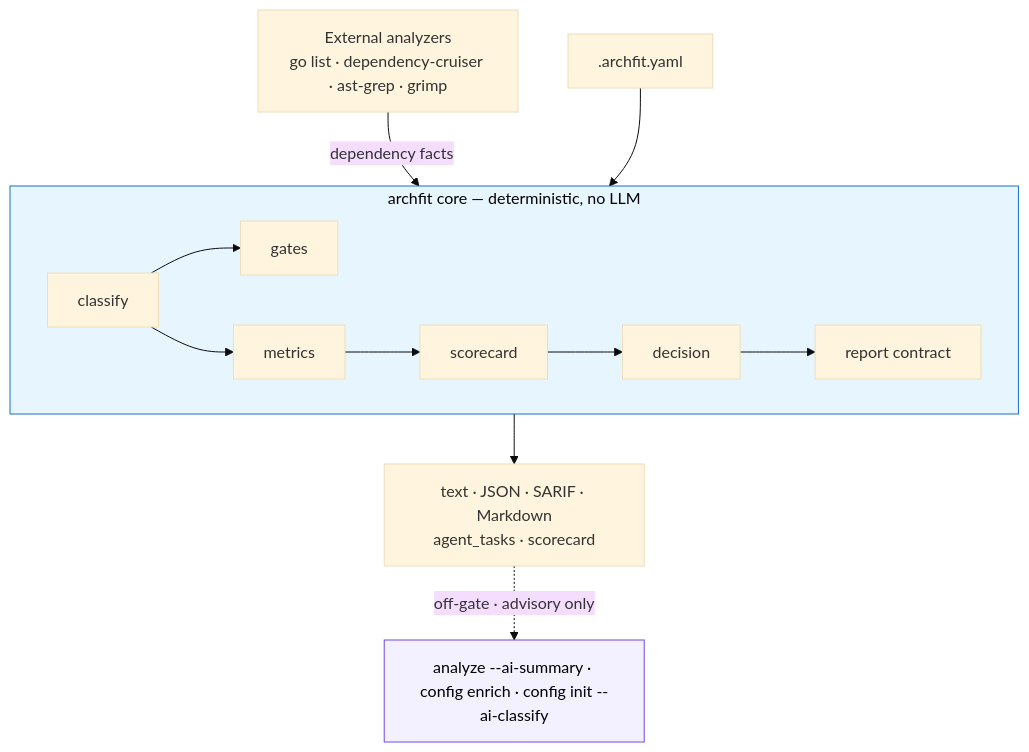
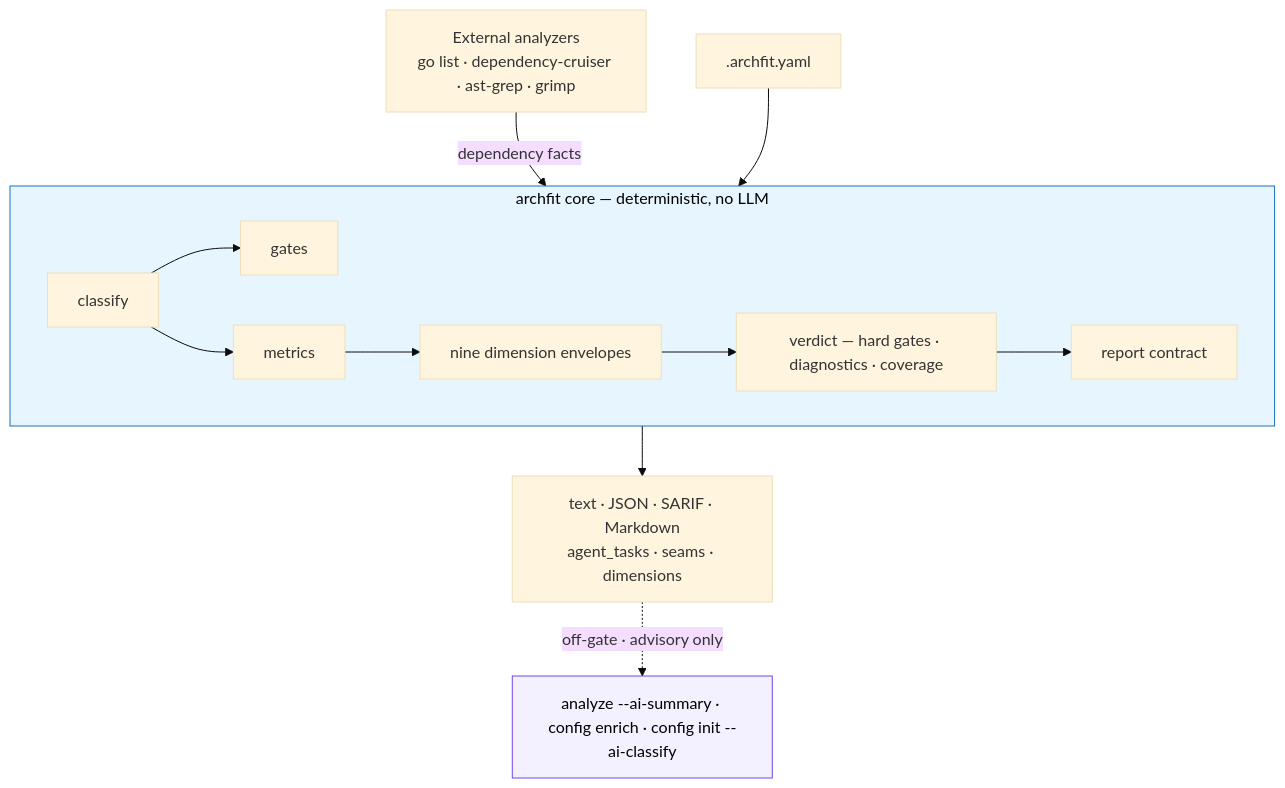
Before and after one commit to alexei-led/archfit: the second of 2 diagrams in README.md, drawn with Mermaid (base theme). The commit also changed other lines of this file and 15 other files, not shown here.

````diff
--- a/README.md
+++ b/README.md
@@ -173,20 +185,20 @@
 ```mermaid
 flowchart TB
     tools["External analyzers<br/>go list · dependency-cruiser · ast-grep · grimp"]
     CFG[".archfit.yaml"]
     tools -->|dependency facts| core
     CFG --> core
     subgraph core["archfit core — deterministic, no LLM"]
         direction LR
         CL[classify] --> RU[gates]
         CL --> ME[metrics]
-        ME --> SC[scorecard]
-        SC --> DE[decision]
+        ME --> ST["nine dimension envelopes"]
+        ST --> DE["verdict — hard gates · diagnostics · coverage"]
         DE --> RC[report contract]
     end
-    RC --> OUT["text · JSON · SARIF · Markdown<br/>agent_tasks · scorecard"]
+    RC --> OUT["text · JSON · SARIF · Markdown<br/>agent_tasks · seams · dimensions"]
     OUT -. off-gate · advisory only .-> LLM["analyze --ai-summary · config enrich · config init --ai-classify"]
     classDef side fill:#f3f0ff,stroke:#7048e8,color:#000;
     class LLM side;
     style core fill:#e7f5ff,stroke:#1971c2,color:#000;
 ```
````
